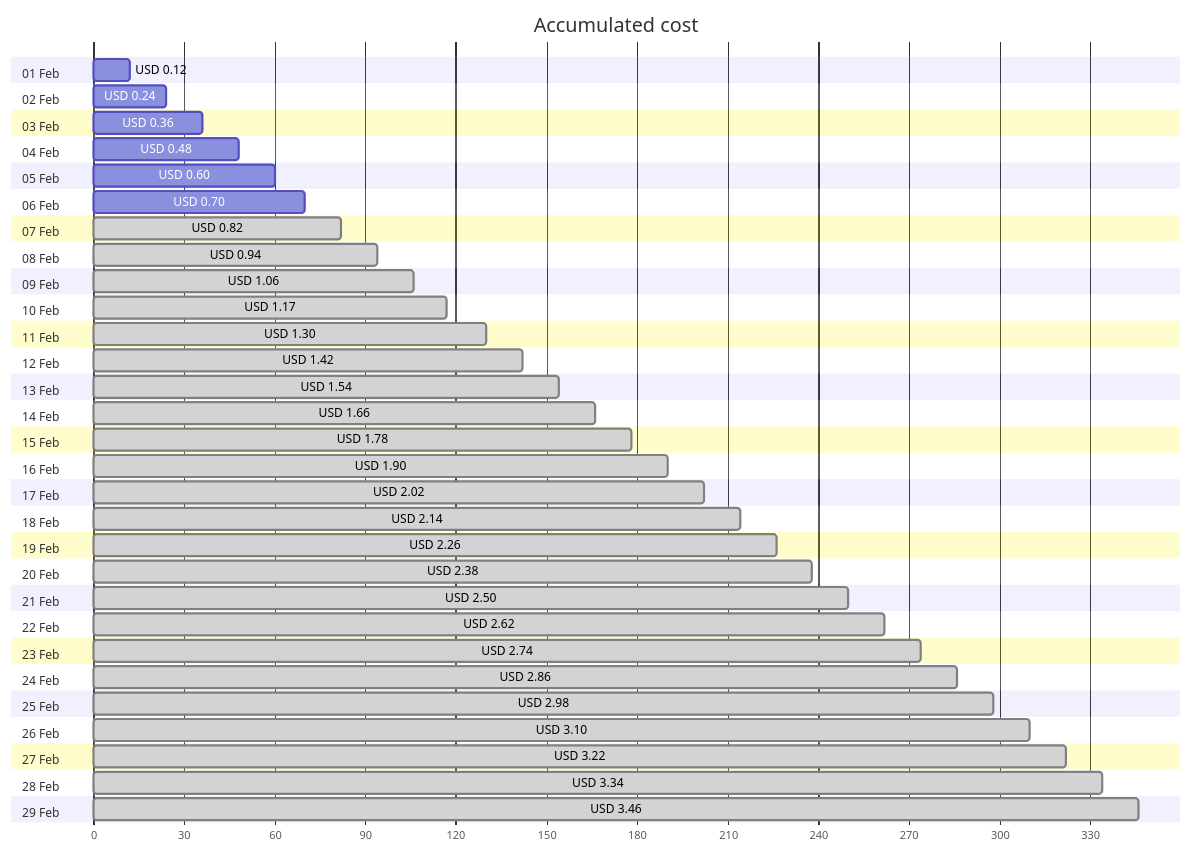
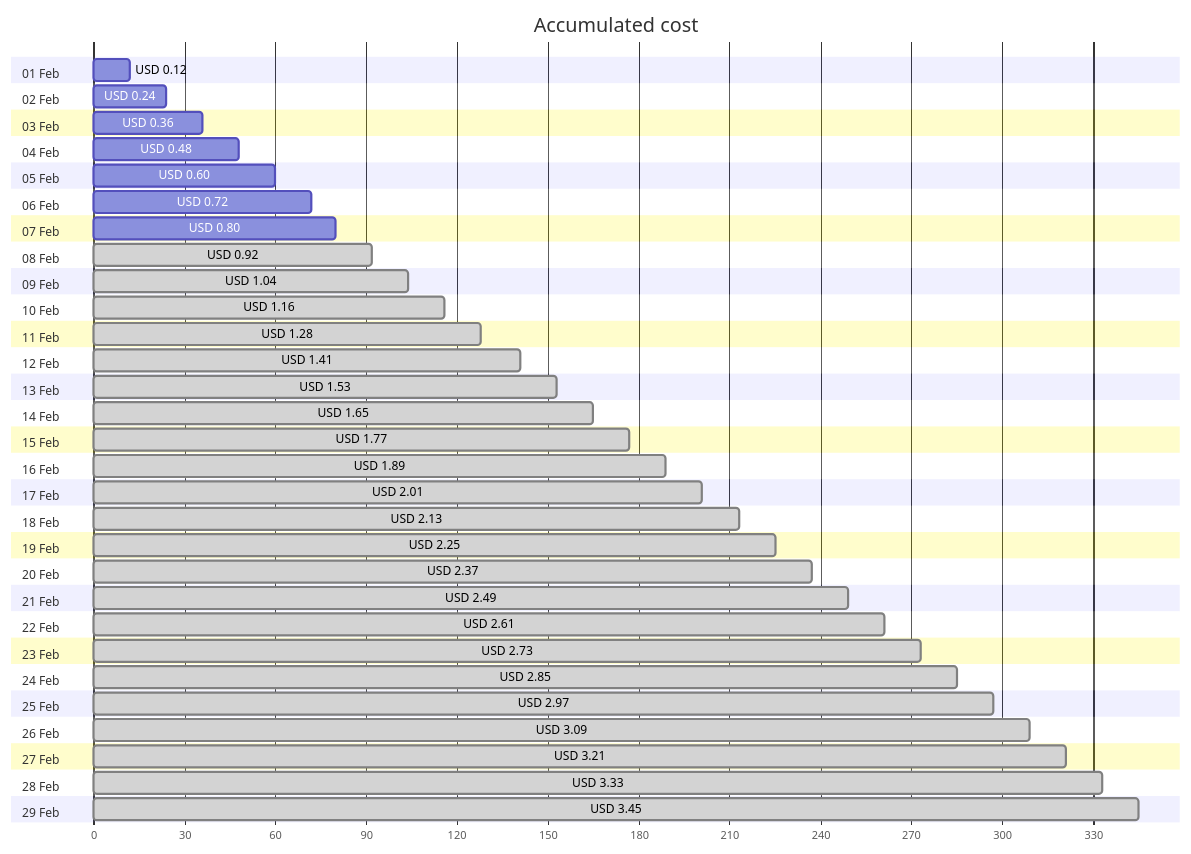
The first of 4 diagrams in cost-reports/personal-network/vpn-server-public-ip.md (jpfulton/azure-personal-reports), drawn with Mermaid before and after one commit. The commit also changed other lines of this file and 7 other files, not shown here.

````diff
--- a/cost-reports/personal-network/vpn-server-public-ip.md
+++ b/cost-reports/personal-network/vpn-server-public-ip.md
@@ -20,64 +20,64 @@
 ```mermaid
 gantt
    title Accumulated cost
    dateFormat  X
    axisFormat %s
    section 01 Feb
    USD 0.12 :0, 12
    section 02 Feb
    USD 0.24 :0, 24
    section 03 Feb
    USD 0.36 :0, 36
    section 04 Feb
    USD 0.48 :0, 48
    section 05 Feb
    USD 0.60 :0, 60
    section 06 Feb
-   USD 0.70 :0, 70
+   USD 0.72 :0, 72
    section 07 Feb
-   USD 0.82 : done, 0, 82
+   USD 0.80 :0, 80
    section 08 Feb
-   USD 0.94 : done, 0, 94
+   USD 0.92 : done, 0, 92
    section 09 Feb
-   USD 1.06 : done, 0, 106
+   USD 1.04 : done, 0, 104
    section 10 Feb
-   USD 1.17 : done, 0, 117
+   USD 1.16 : done, 0, 116
    section 11 Feb
-   USD 1.30 : done, 0, 130
+   USD 1.28 : done, 0, 128
    section 12 Feb
-   USD 1.42 : done, 0, 142
+   USD 1.41 : done, 0, 141
    section 13 Feb
-   USD 1.54 : done, 0, 154
+   USD 1.53 : done, 0, 153
    section 14 Feb
-   USD 1.66 : done, 0, 166
+   USD 1.65 : done, 0, 165
    section 15 Feb
-   USD 1.78 : done, 0, 178
+   USD 1.77 : done, 0, 177
    section 16 Feb
-   USD 1.90 : done, 0, 190
+   USD 1.89 : done, 0, 189
    section 17 Feb
-   USD 2.02 : done, 0, 202
+   USD 2.01 : done, 0, 201
    section 18 Feb
-   USD 2.14 : done, 0, 214
+   USD 2.13 : done, 0, 213
    section 19 Feb
-   USD 2.26 : done, 0, 226
+   USD 2.25 : done, 0, 225
    section 20 Feb
-   USD 2.38 : done, 0, 238
+   USD 2.37 : done, 0, 237
    section 21 Feb
-   USD 2.50 : done, 0, 250
+   USD 2.49 : done, 0, 249
    section 22 Feb
-   USD 2.62 : done, 0, 262
+   USD 2.61 : done, 0, 261
    section 23 Feb
-   USD 2.74 : done, 0, 274
+   USD 2.73 : done, 0, 273
    section 24 Feb
-   USD 2.86 : done, 0, 286
+   USD 2.85 : done, 0, 285
    section 25 Feb
-   USD 2.98 : done, 0, 298
+   USD 2.97 : done, 0, 297
    section 26 Feb
-   USD 3.10 : done, 0, 310
+   USD 3.09 : done, 0, 309
    section 27 Feb
-   USD 3.22 : done, 0, 322
+   USD 3.21 : done, 0, 321
    section 28 Feb
-   USD 3.34 : done, 0, 334
+   USD 3.33 : done, 0, 333
    section 29 Feb
-   USD 3.46 : done, 0, 346
+   USD 3.45 : done, 0, 345
 ```
````
